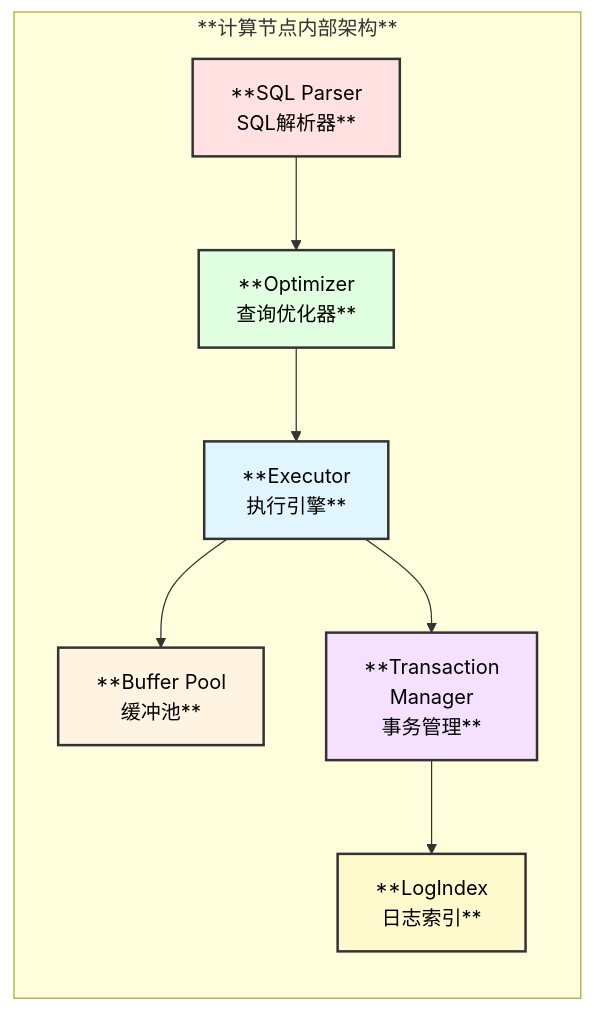
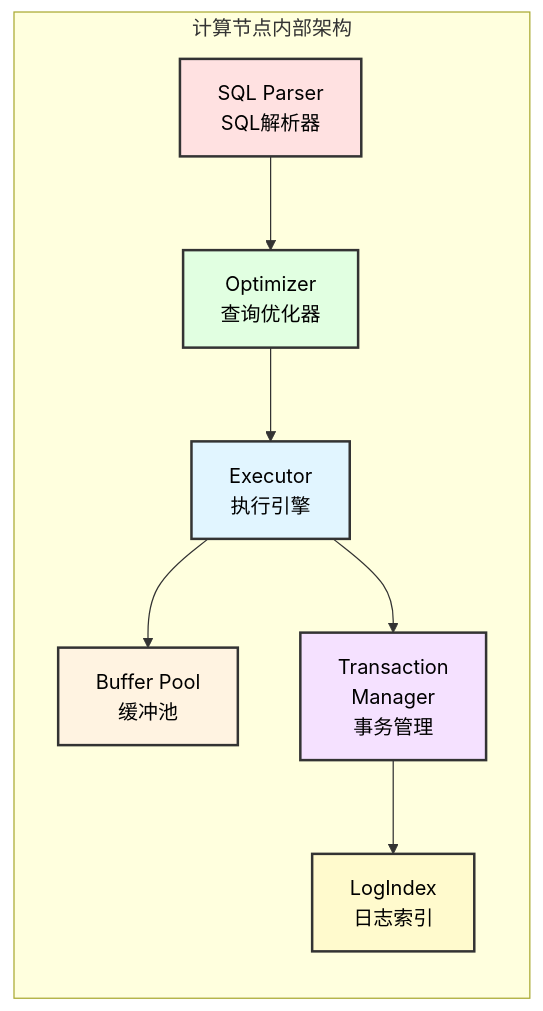
The second of 29 diagrams in vdocs/design/PolarDB_Architecture.md (victor1589007281/percona-server), drawn with Mermaid before and after one commit. The commit also changed other lines of this file and 141 other files, not shown here.

````diff
--- a/vdocs/design/PolarDB_Architecture.md
+++ b/vdocs/design/PolarDB_Architecture.md
@@ -83,24 +83,24 @@
 ```mermaid
 graph LR
-    subgraph "**计算节点内部架构**"
-        A[**SQL Parser<br/>SQL解析器**]
-        B[**Optimizer<br/>查询优化器**]
-        C[**Executor<br/>执行引擎**]
-        D[**Buffer Pool<br/>缓冲池**]
-        E[**Transaction<br/>Manager<br/>事务管理**]
-        F[**LogIndex<br/>日志索引**]
+    subgraph "计算节点内部架构"
+        A["SQL Parser<br/>SQL解析器"]
+        B["Optimizer<br/>查询优化器"]
+        C["Executor<br/>执行引擎"]
+        D["Buffer Pool<br/>缓冲池"]
+        E["Transaction<br/>Manager<br/>事务管理"]
+        F["LogIndex<br/>日志索引"]
     end
     
     A --> B
     B --> C
     C --> D
     C --> E
     E --> F
     
     style A fill:#ffe1e1,stroke:#333,stroke-width:2px,color:#000
     style B fill:#e1ffe1,stroke:#333,stroke-width:2px,color:#000
     style C fill:#e1f5ff,stroke:#333,stroke-width:2px,color:#000
     style D fill:#fff3e1,stroke:#333,stroke-width:2px,color:#000
     style E fill:#f5e1ff,stroke:#333,stroke-width:2px,color:#000
     style F fill:#fffacd,stroke:#333,stroke-width:2px,color:#000
 ```
````
